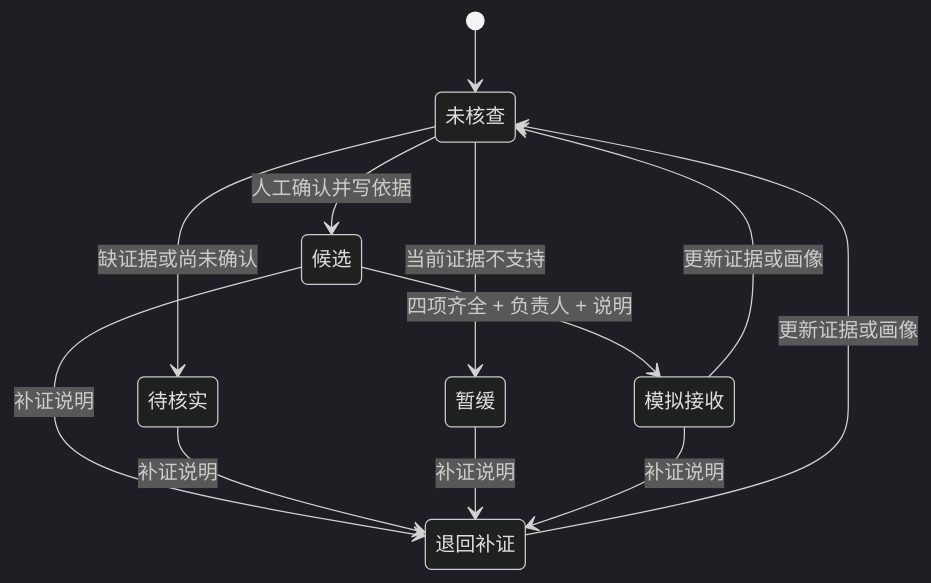
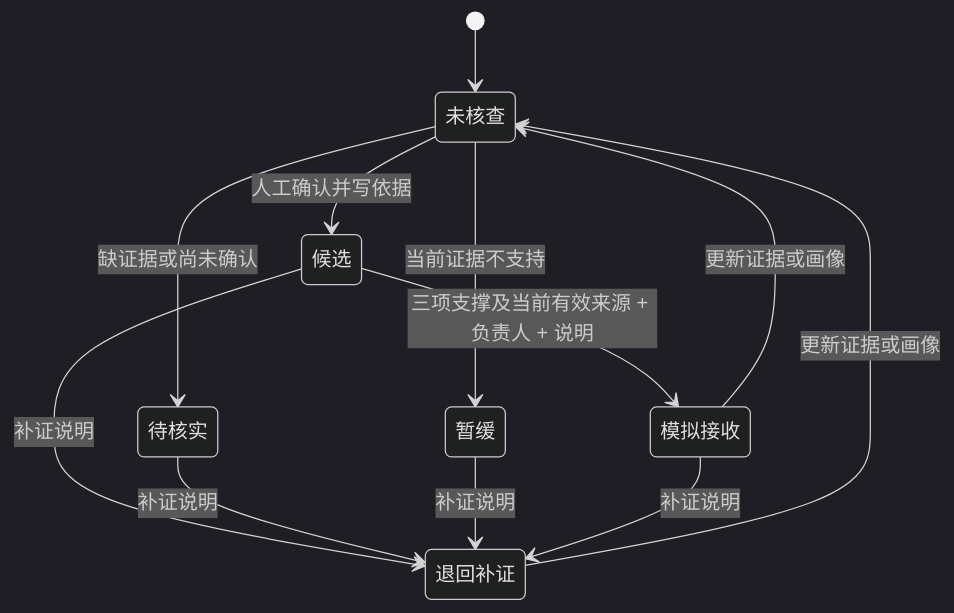
Before and after one commit to WELT5350/1024-prototype: the second of 2 diagrams in docs/ARCHITECTURE.md, drawn with Mermaid (dark theme). The commit also changed other lines of this file and 17 other files, not shown here.

````diff
--- a/docs/ARCHITECTURE.md
+++ b/docs/ARCHITECTURE.md
@@ -47,14 +51,14 @@
 ```mermaid
 stateDiagram-v2
   [*] --> 未核查
   未核查 --> 候选: 人工确认并写依据
   未核查 --> 待核实: 缺证据或尚未确认
   未核查 --> 暂缓: 当前证据不支持
-  候选 --> 模拟接收: 四项齐全 + 负责人 + 说明
+  候选 --> 模拟接收: 三项支撑及当前有效来源 + 负责人 + 说明
   候选 --> 退回补证: 补证说明
   待核实 --> 退回补证: 补证说明
   暂缓 --> 退回补证: 补证说明
   模拟接收 --> 退回补证: 补证说明
   退回补证 --> 未核查: 更新证据或画像
   模拟接收 --> 未核查: 更新证据或画像
 ```
````
